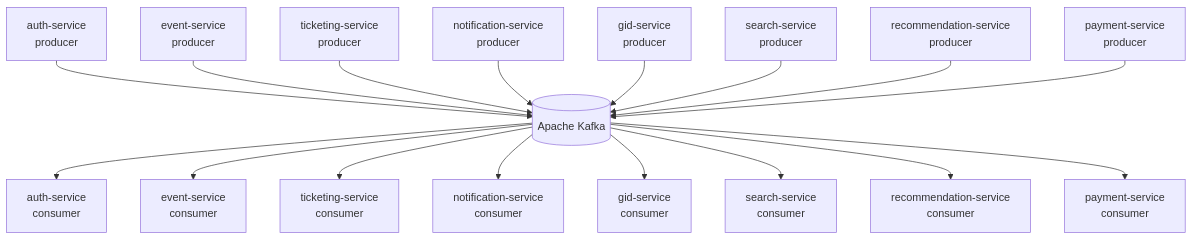
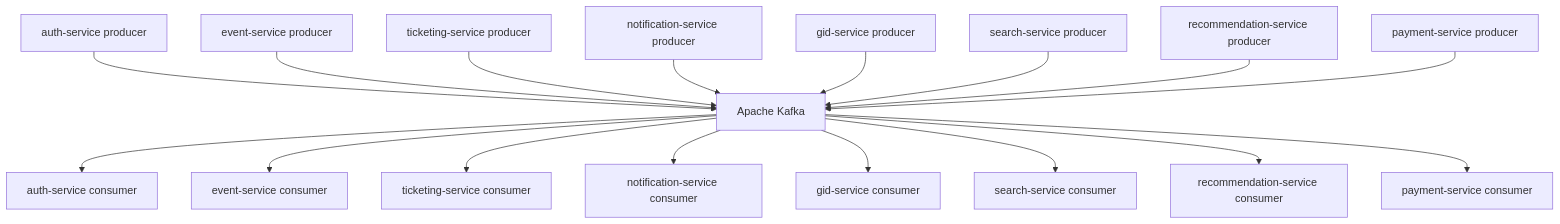
One commit to samogonshiki/KulturaGo_Docs changed the second of 2 diagrams in Readme.md. Above: the diagram before and after it, drawn with Mermaid. The commit also changed other lines of this file, not shown here.

````diff
--- a/Readme.md
+++ b/Readme.md
@@ -58,22 +96,22 @@
 ```mermaid
-flowchart TB
-    kafka[(Apache Kafka)]
+graph TD
+    kafka["Apache Kafka"]
 
-    authP[auth-service<br/>producer] --> kafka
-    eventP[event-service<br/>producer] --> kafka
-    ticketP[ticketing-service<br/>producer] --> kafka
-    notifyP[notification-service<br/>producer] --> kafka
-    gidP[gid-service<br/>producer] --> kafka
-    searchP[search-service<br/>producer] --> kafka
-    recP[recommendation-service<br/>producer] --> kafka
-    payP[payment-service<br/>producer] --> kafka
+    authP["auth-service producer"] --> kafka
+    eventP["event-service producer"] --> kafka
+    ticketP["ticketing-service producer"] --> kafka
+    notifyP["notification-service producer"] --> kafka
+    gidP["gid-service producer"] --> kafka
+    searchP["search-service producer"] --> kafka
+    recP["recommendation-service producer"] --> kafka
+    payP["payment-service producer"] --> kafka
 
-    kafka --> authC[auth-service<br/>consumer]
-    kafka --> eventC[event-service<br/>consumer]
-    kafka --> ticketC[ticketing-service<br/>consumer]
-    kafka --> notifyC[notification-service<br/>consumer]
-    kafka --> gidC[gid-service<br/>consumer]
-    kafka --> searchC[search-service<br/>consumer]
-    kafka --> recC[recommendation-service<br/>consumer]
-    kafka --> payC[payment-service<br/>consumer]
+    kafka --> authC["auth-service consumer"]
+    kafka --> eventC["event-service consumer"]
+    kafka --> ticketC["ticketing-service consumer"]
+    kafka --> notifyC["notification-service consumer"]
+    kafka --> gidC["gid-service consumer"]
+    kafka --> searchC["search-service consumer"]
+    kafka --> recC["recommendation-service consumer"]
+    kafka --> payC["payment-service consumer"]
 ```
````
